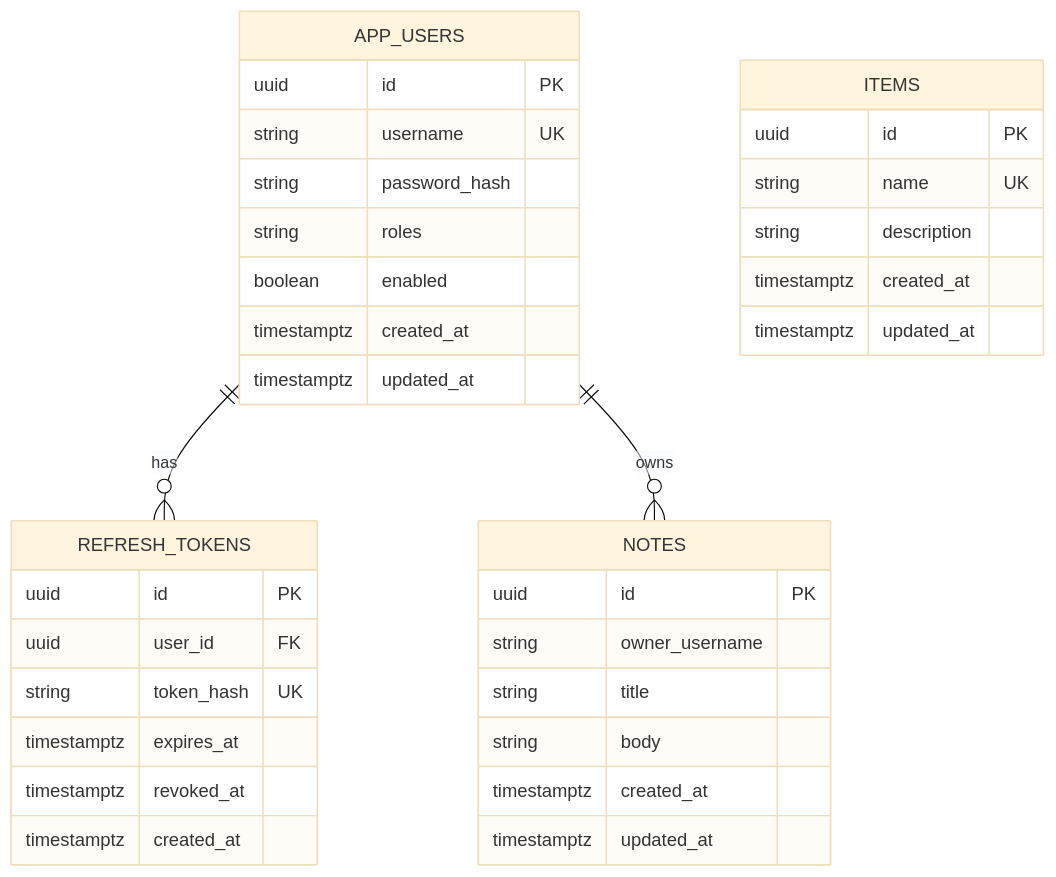
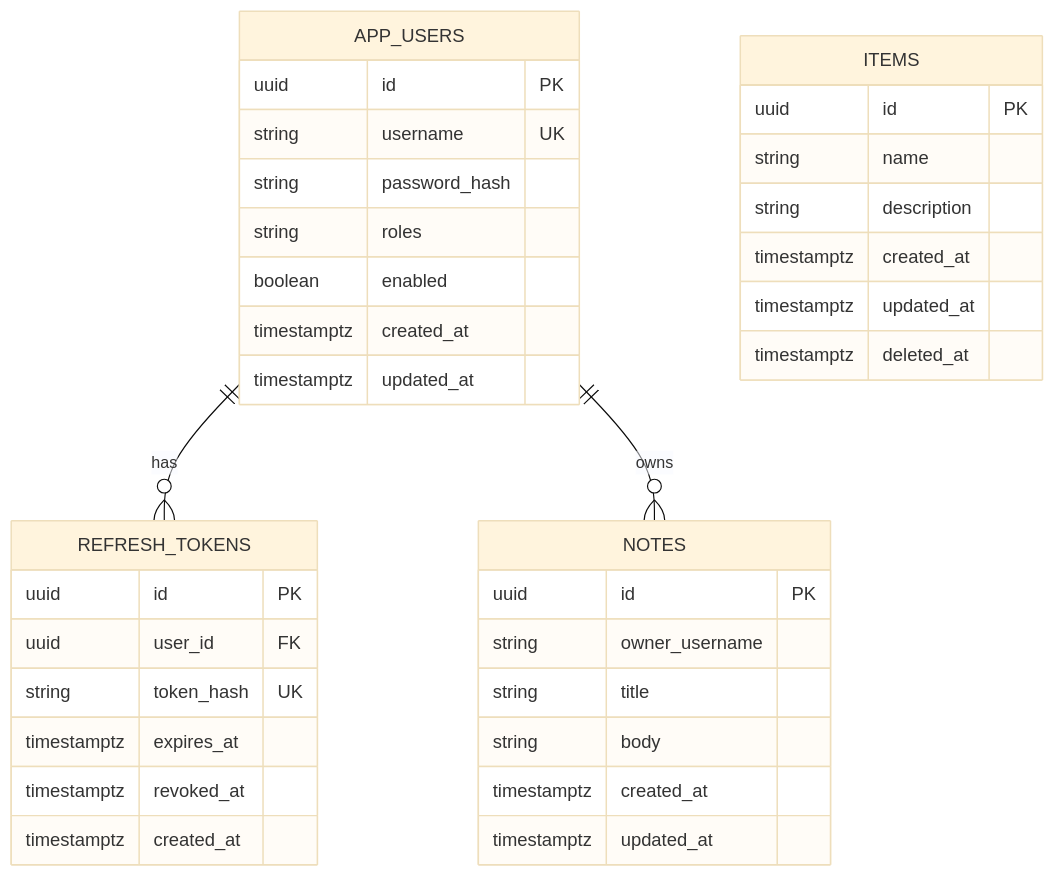
The diagram in docs/diagrams/data-model.md (g-zenr/springboot-api-template), drawn with Mermaid (base theme) before and after one commit. The commit also changed 27 other files, not shown here.

````diff
--- a/docs/diagrams/data-model.md
+++ b/docs/diagrams/data-model.md
@@ -5,41 +5,42 @@
 ```mermaid
 erDiagram
   APP_USERS ||--o{ REFRESH_TOKENS : has
   APP_USERS ||--o{ NOTES : owns
 
   APP_USERS {
     uuid id PK
     string username UK
     string password_hash
     string roles
     boolean enabled
     timestamptz created_at
     timestamptz updated_at
   }
 
   REFRESH_TOKENS {
     uuid id PK
     uuid user_id FK
     string token_hash UK
     timestamptz expires_at
     timestamptz revoked_at
     timestamptz created_at
   }
 
   ITEMS {
     uuid id PK
-    string name UK
+    string name
     string description
     timestamptz created_at
     timestamptz updated_at
+    timestamptz deleted_at
   }
 
   NOTES {
     uuid id PK
     string owner_username
     string title
     string body
     timestamptz created_at
     timestamptz updated_at
   }
 ```
````
